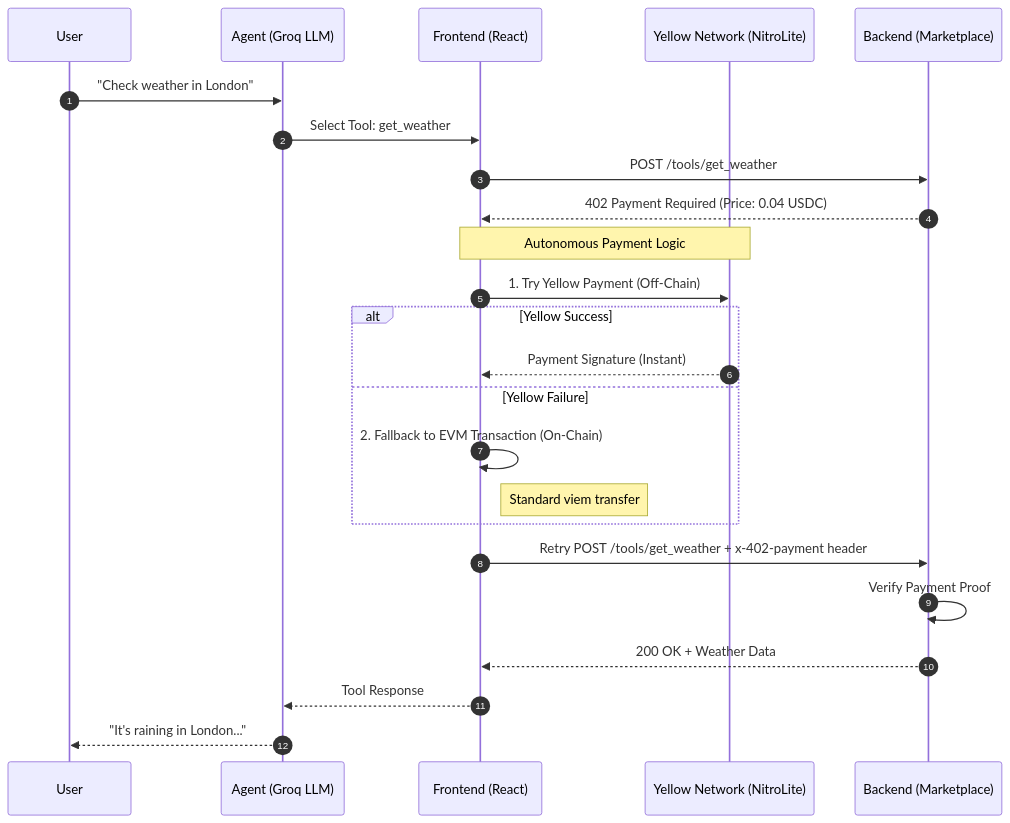
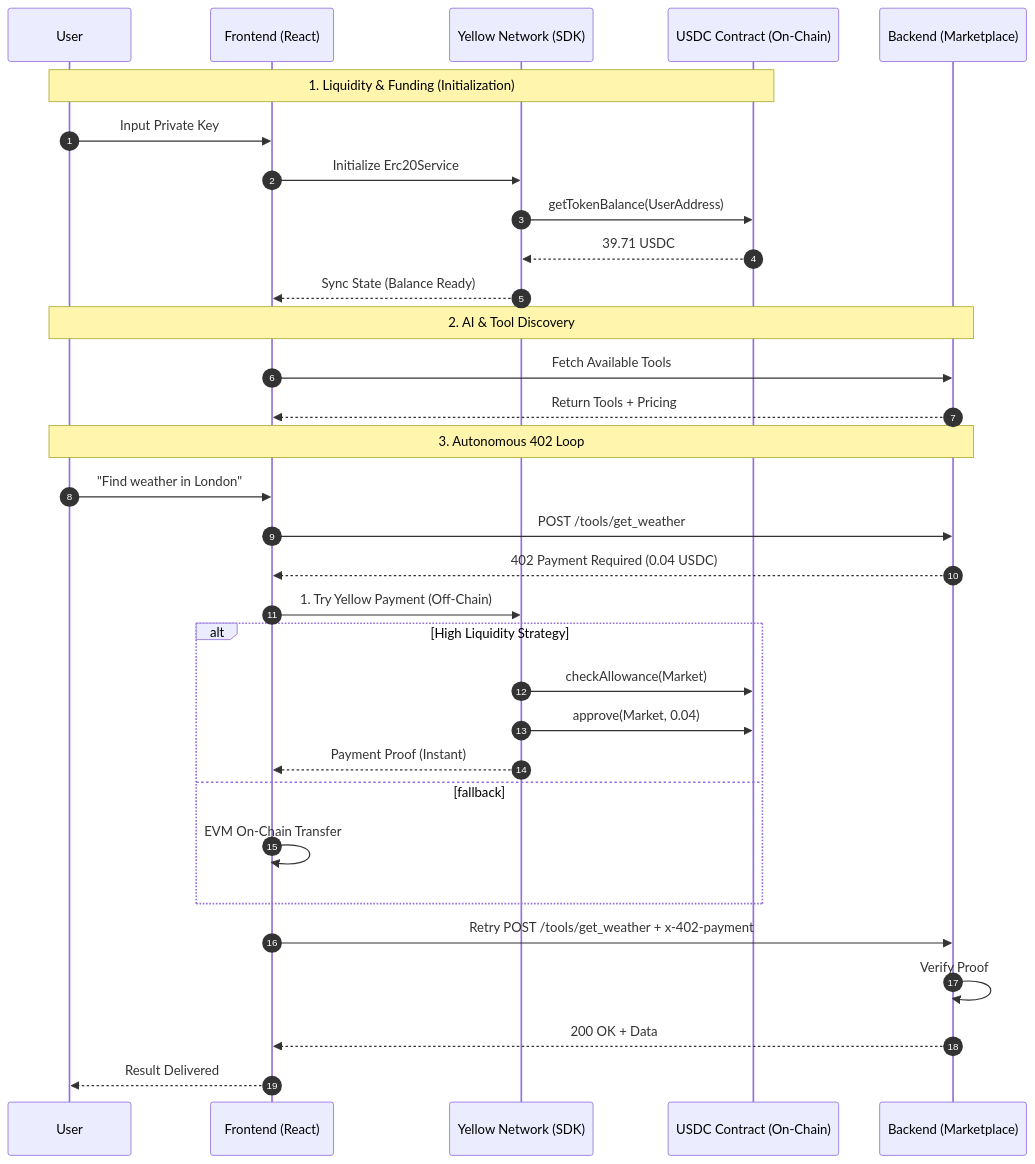
The diagram in README.md (Ankitanand2411/Agent-x402), drawn with Mermaid before and after one commit. The commit also changed other lines of this file, not shown here.

Commit message:
fixed architecture

````diff
--- a/README.md
+++ b/README.md
@@ -35,29 +35,39 @@
 ```mermaid
 sequenceDiagram
     autonumber
     participant User
-    participant Agent as Agent (Groq LLM)
     participant App as Frontend (React)
-    participant Yellow as Yellow Network (NitroLite)
+    participant Yellow as Yellow Network (SDK)
+    participant USDC as USDC Contract (On-Chain)
     participant Market as Backend (Marketplace)
 
-    User->>Agent: "Check weather in London"
-    Agent->>App: Select Tool: get_weather
+    Note over User, USDC: 1. Liquidity & Funding (Initialization)
+    User->>App: Input Private Key
+    App->>Yellow: Initialize Erc20Service
+    Yellow->>USDC: getTokenBalance(UserAddress)
+    USDC-->>Yellow: 39.71 USDC
+    Yellow-->>App: Sync State (Balance Ready)
+
+    Note over User, Market: 2. AI & Tool Discovery
+    App->>Market: Fetch Available Tools
+    Market-->>App: Return Tools + Pricing
+
+    Note over User, Market: 3. Autonomous 402 Loop
+    User->>App: "Find weather in London"
     App->>Market: POST /tools/get_weather
-    Market-->>App: 402 Payment Required (Price: 0.04 USDC)
+    Market-->>App: 402 Payment Required (0.04 USDC)
     
-    Note over App, Yellow: Autonomous Payment Logic
     App->>Yellow: 1. Try Yellow Payment (Off-Chain)
-    alt Yellow Success
-        Yellow-->>App: Payment Signature (Instant)
-    else Yellow Failure
-        App->>App: 2. Fallback to EVM Transaction (On-Chain)
-        Note right of App: Standard viem transfer
+    alt High Liquidity Strategy
+        Yellow->>USDC: checkAllowance(Market)
+        Yellow->>USDC: approve(Market, 0.04)
+        Yellow-->>App: Payment Proof (Instant)
+    else fallback
+        App->>App: EVM On-Chain Transfer
     end
 
-    App->>Market: Retry POST /tools/get_weather + x-402-payment header
-    Market->>Market: Verify Payment Proof
-    Market-->>App: 200 OK + Weather Data
-    App-->>Agent: Tool Response
-    Agent-->>User: "It's raining in London..."
+    App->>Market: Retry POST /tools/get_weather + x-402-payment
+    Market->>Market: Verify Proof
+    Market-->>App: 200 OK + Data
+    App-->>User: Result Delivered
 ```
````
